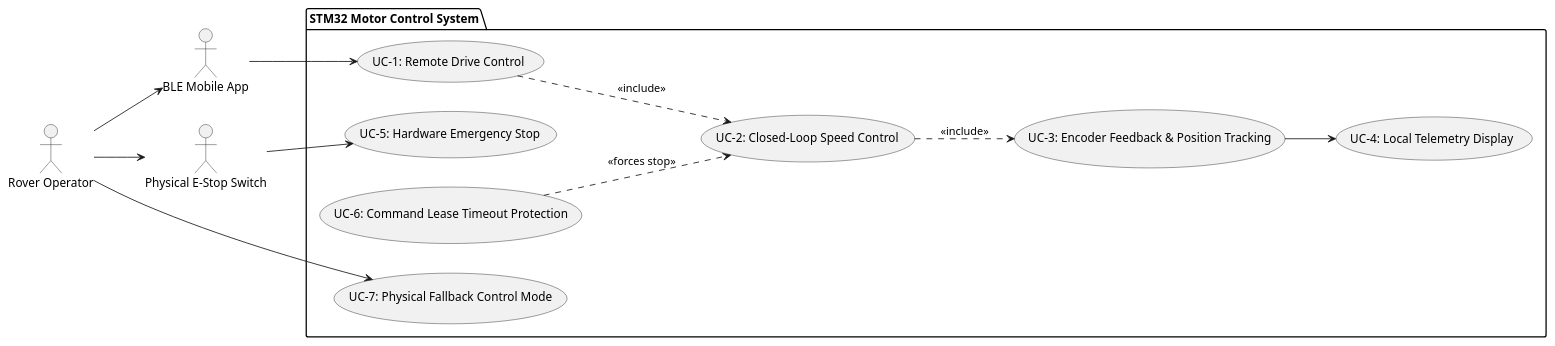
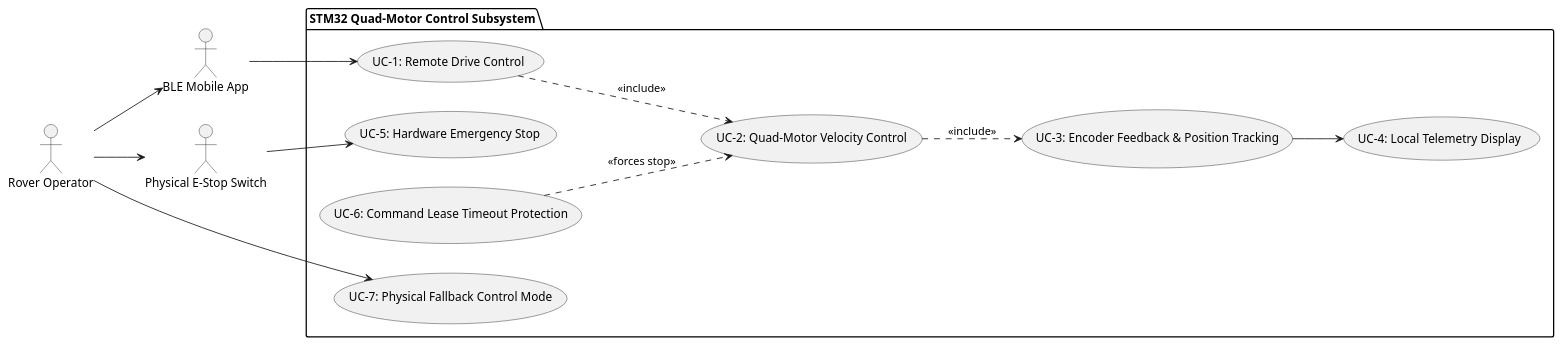
One commit to Georgemolyboga/Farming_Robot changed the diagram in docs/uc_diagram1.puml. Above: the diagram before and after it, drawn with PlantUML. The commit also changed 1 other file, not shown here.

```diff
--- a/docs/uc_diagram1.puml
+++ b/docs/uc_diagram1.puml
@@ -1,29 +1,29 @@
 @startuml
 skinparam backgroundColor white
 left to right direction
 
 actor "Rover Operator" as Operator
 actor "BLE Mobile App" as PhoneApp
 actor "Physical E-Stop Switch" as EStop
 
-package "STM32 Motor Control System" {
+package "STM32 Quad-Motor Control Subsystem" {
   usecase "UC-1: Remote Drive Control" as UC1
-  usecase "UC-2: Closed-Loop Speed Control" as UC2
+  usecase "UC-2: Quad-Motor Velocity Control" as UC2
   usecase "UC-3: Encoder Feedback & Position Tracking" as UC3
   usecase "UC-4: Local Telemetry Display" as UC4
   usecase "UC-5: Hardware Emergency Stop" as UC5
   usecase "UC-6: Command Lease Timeout Protection" as UC6
   usecase "UC-7: Physical Fallback Control Mode" as UC7
 }
 
 PhoneApp --> UC1
 Operator --> PhoneApp
 Operator --> EStop
 Operator --> UC7
 
 UC1 ..> UC2 : <<include>>
 UC2 ..> UC3 : <<include>>
 UC3 --> UC4
 EStop --> UC5
 UC6 ..> UC2 : <<forces stop>>
 @enduml
```
